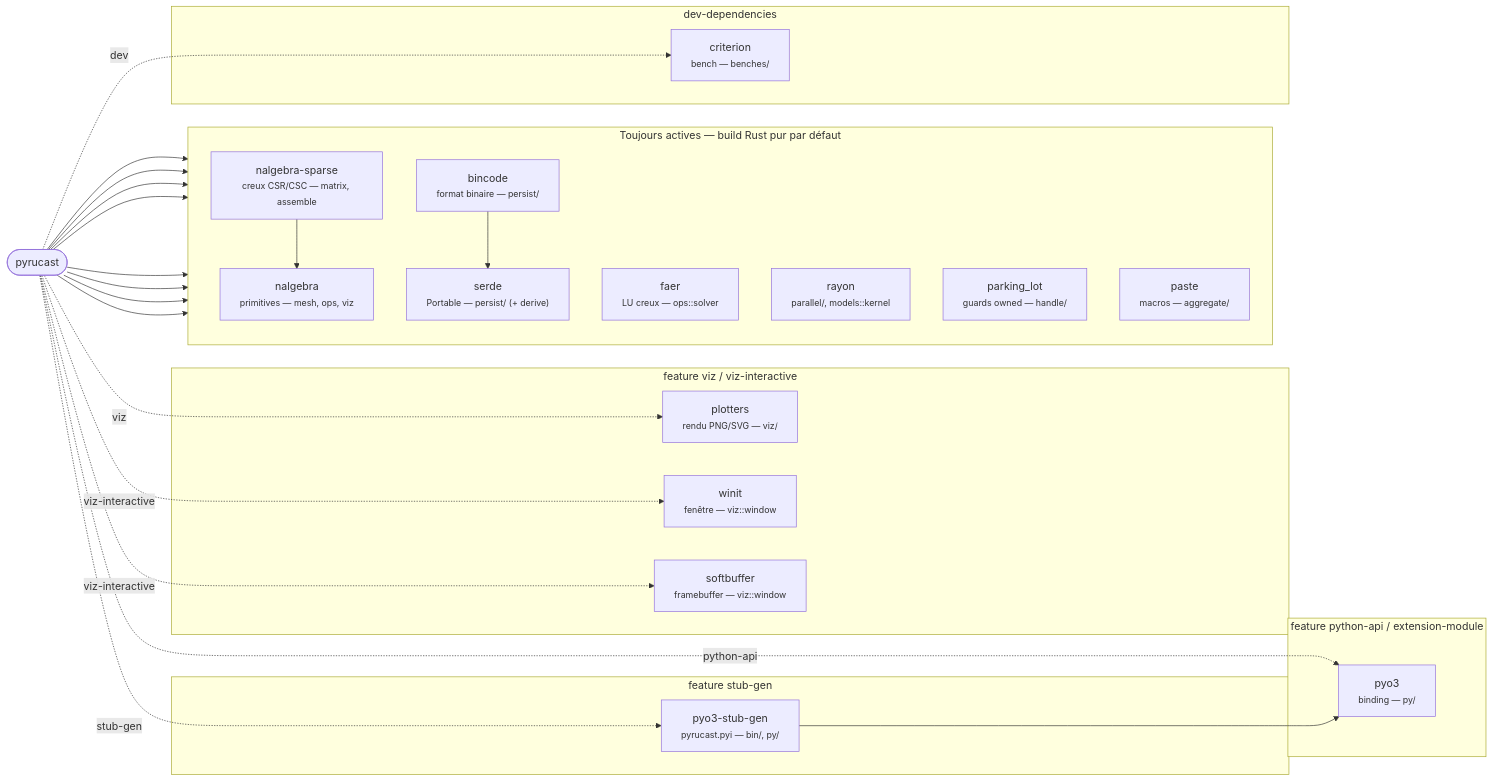
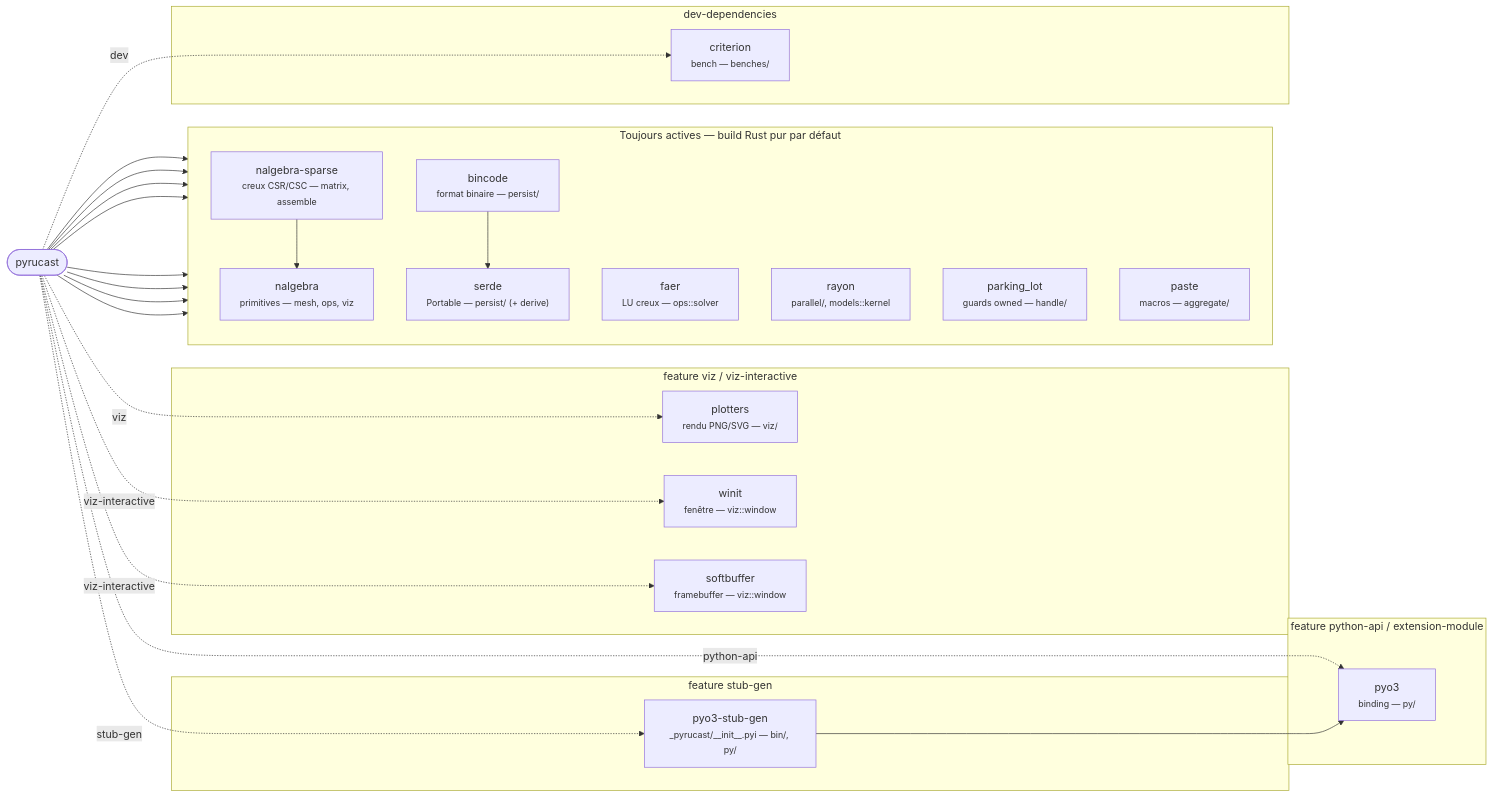
Before and after one commit to Pyrucast/pyrucast: the diagram in book/src/developper/arborescence.md, drawn with Mermaid. The commit also changed 10 other files, not shown here.

````diff
--- a/book/src/developper/arborescence.md
+++ b/book/src/developper/arborescence.md
@@ -149,42 +149,42 @@
 ```mermaid
 flowchart LR
     pc(["pyrucast"])
 
     subgraph core["Toujours actives — build Rust pur par défaut"]
         direction TB
         nalgebra["nalgebra<br/><small>primitives — mesh, ops, viz</small>"]
         nsparse["nalgebra-sparse<br/><small>creux CSR/CSC — matrix, assemble</small>"]
         faer["faer<br/><small>LU creux — ops::solver</small>"]
         rayon["rayon<br/><small>parallel/, models::kernel</small>"]
         parking["parking_lot<br/><small>guards owned — handle/</small>"]
         serde["serde<br/><small>Portable — persist/ (+ derive)</small>"]
         bincode["bincode<br/><small>format binaire — persist/</small>"]
         paste["paste<br/><small>macros — aggregate/</small>"]
     end
 
     subgraph pyfeat["feature python-api / extension-module"]
         pyo3["pyo3<br/><small>binding — py/</small>"]
     end
     subgraph stubfeat["feature stub-gen"]
-        stubgen["pyo3-stub-gen<br/><small>pyrucast.pyi — bin/, py/</small>"]
+        stubgen["pyo3-stub-gen<br/><small>_pyrucast/__init__.pyi — bin/, py/</small>"]
     end
     subgraph vizfeat["feature viz / viz-interactive"]
         plotters["plotters<br/><small>rendu PNG/SVG — viz/</small>"]
         winit["winit<br/><small>fenêtre — viz::window</small>"]
         softbuffer["softbuffer<br/><small>framebuffer — viz::window</small>"]
     end
     subgraph devfeat["dev-dependencies"]
         criterion["criterion<br/><small>bench — benches/</small>"]
     end
 
     pc --> nalgebra & nsparse & faer & rayon & parking & serde & bincode & paste
     nsparse --> nalgebra
     bincode --> serde
 
     pc -. "python-api" .-> pyo3
     pc -. "stub-gen" .-> stubgen
     stubgen --> pyo3
     pc -. "viz" .-> plotters
     pc -. "viz-interactive" .-> winit & softbuffer
     pc -. "dev" .-> criterion
 ```
````
